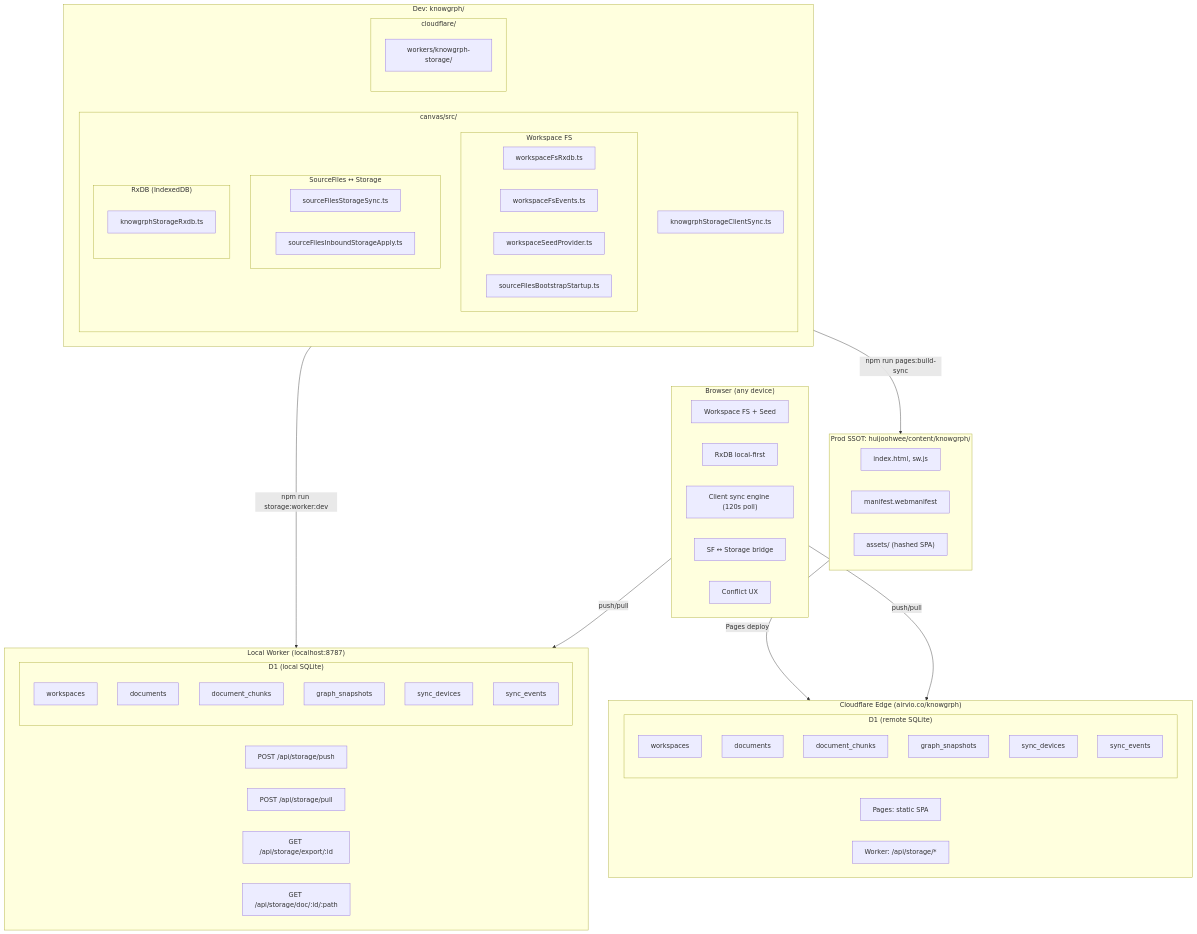
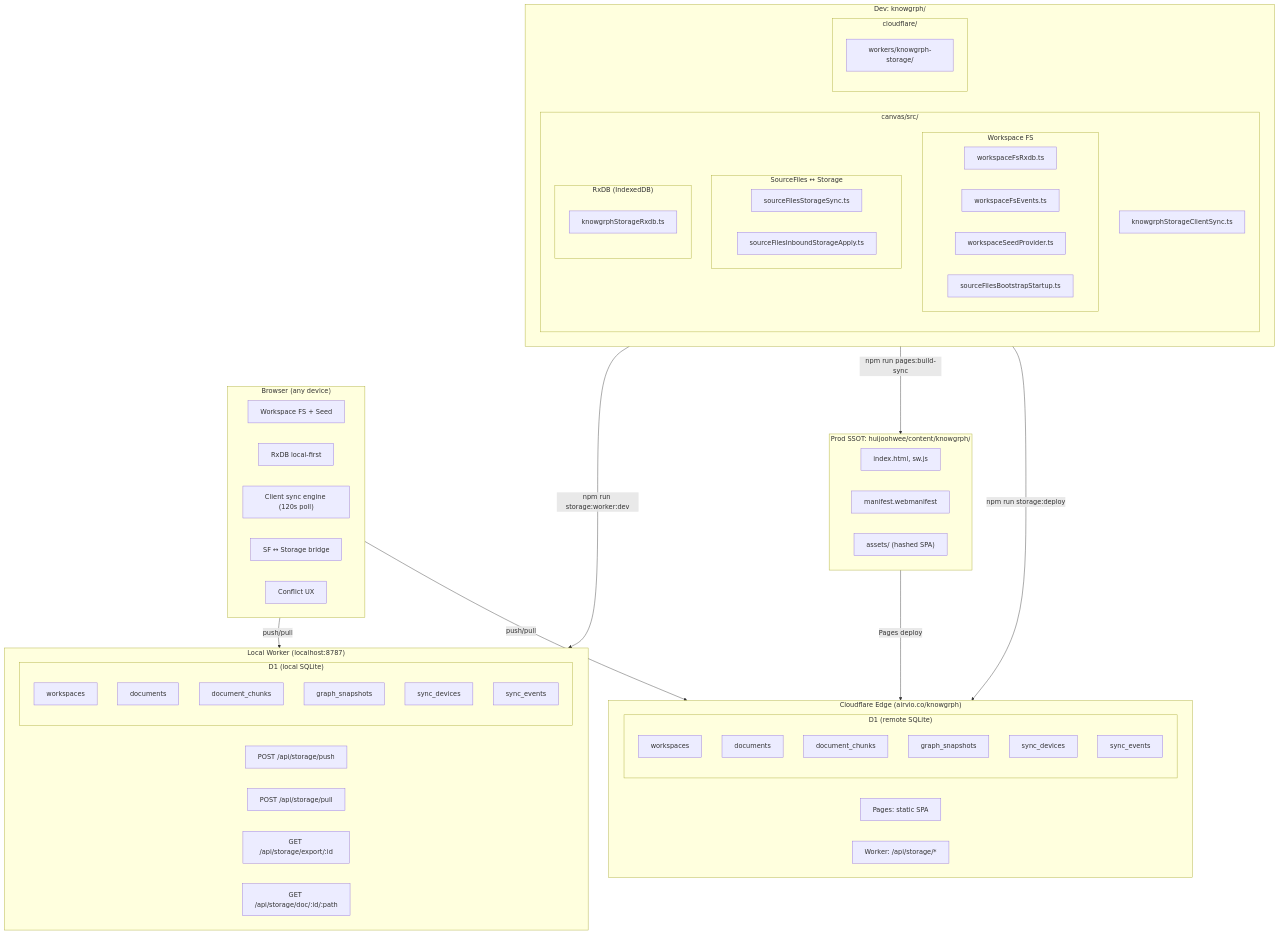
One commit to huijoohwee/knowgrph changed the second of 2 diagrams in docs/documents/knowgrph-storage-sync-document.md. Above: the diagram before and after it, drawn with Mermaid. The commit also changed other lines of this file and 9 other files, not shown here.

````diff
--- a/docs/documents/knowgrph-storage-sync-document.md
+++ b/docs/documents/knowgrph-storage-sync-document.md
@@ -211,74 +212,75 @@
 ```mermaid
 flowchart TB
     subgraph Dev["Dev: knowgrph/"]
         subgraph canvas["canvas/src/"]
             subgraph fs["Workspace FS"]
                 fsRxdb["workspaceFsRxdb.ts"]
                 fsEvt["workspaceFsEvents.ts"]
                 seed["workspaceSeedProvider.ts"]
                 boot["sourceFilesBootstrapStartup.ts"]
             end
             subgraph bridge["SourceFiles ↔ Storage"]
                 sfSync["sourceFilesStorageSync.ts"]
                 sfInbound["sourceFilesInboundStorageApply.ts"]
             end
             subgraph rxdb["RxDB (IndexedDB)"]
                 storageRxdb["knowgrphStorageRxdb.ts"]
             end
             syncEngine["knowgrphStorageClientSync.ts"]
         end
         subgraph cf["cloudflare/"]
             workerSrc["workers/knowgrph-storage/"]
         end
     end
 
     Dev -->|"npm run storage:worker:dev"| LocalWorker
     Dev -->|"npm run pages:build-sync"| ProdSSOT
+    Dev -->|"npm run storage:deploy"| Edge
 
     subgraph LocalWorker["Local Worker (localhost:8787)"]
         push["POST /api/storage/push"]
         pull["POST /api/storage/pull"]
         export["GET /api/storage/export/:id"]
         docview["GET /api/storage/doc/:id/:path"]
         subgraph d1l["D1 (local SQLite)"]
             t1["workspaces"]
             t2["documents"]
             t3["document_chunks"]
             t4["graph_snapshots"]
             t5["sync_devices"]
             t6["sync_events"]
         end
     end
 
     subgraph ProdSSOT["Prod SSOT: huijoohwee/content/knowgrph/"]
         index["index.html, sw.js"]
         manifest["manifest.webmanifest"]
         assets["assets/ (hashed SPA)"]
     end
 
     ProdSSOT -->|"Pages deploy"| Edge
 
     subgraph Edge["Cloudflare Edge (airvio.co/knowgrph)"]
         pages["Pages: static SPA"]
         workerDeployed["Worker: /api/storage/*"]
         subgraph d1r["D1 (remote SQLite)"]
             r1["workspaces"]
             r2["documents"]
             r3["document_chunks"]
             r4["graph_snapshots"]
             r5["sync_devices"]
             r6["sync_events"]
         end
     end
 
     subgraph Browser["Browser (any device)"]
         bfs["Workspace FS + Seed"]
         brxdb["RxDB local-first"]
         bsync["Client sync engine (120s poll)"]
         bbridge["SF ↔ Storage bridge"]
         bconflict["Conflict UX"]
     end
 
     Browser -->|"push/pull"| LocalWorker
     Browser -->|"push/pull"| Edge
 ```
````
